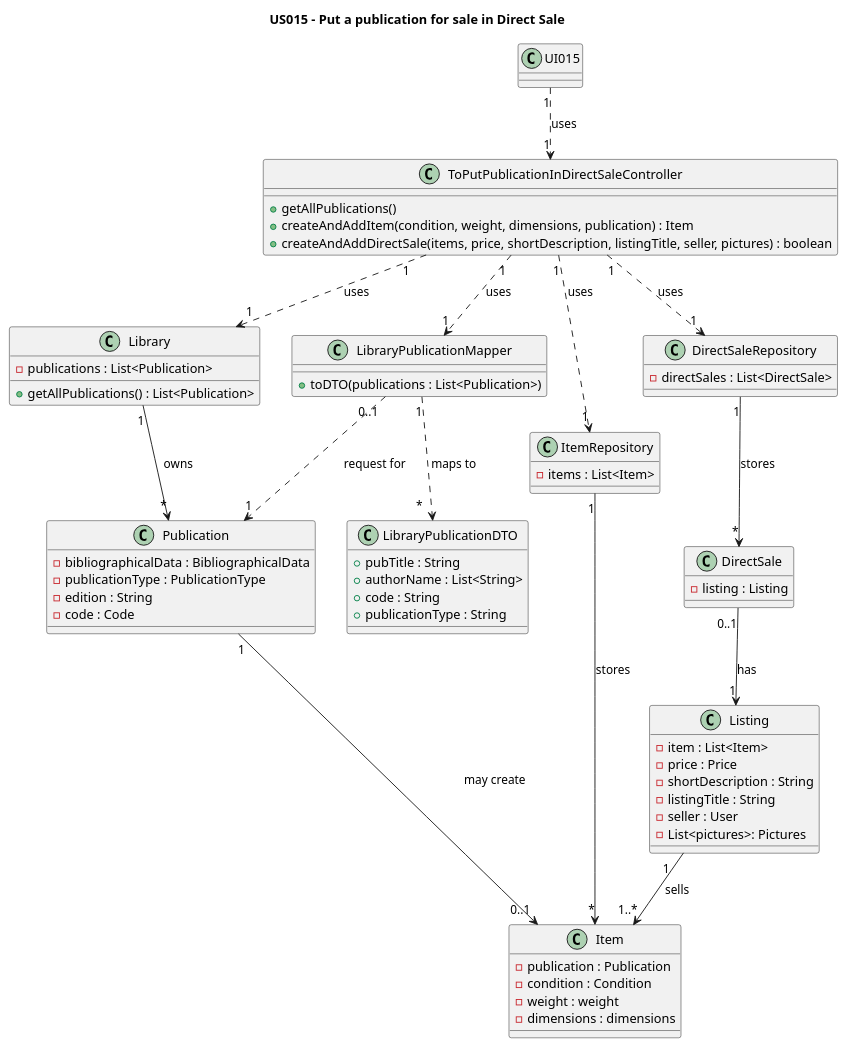
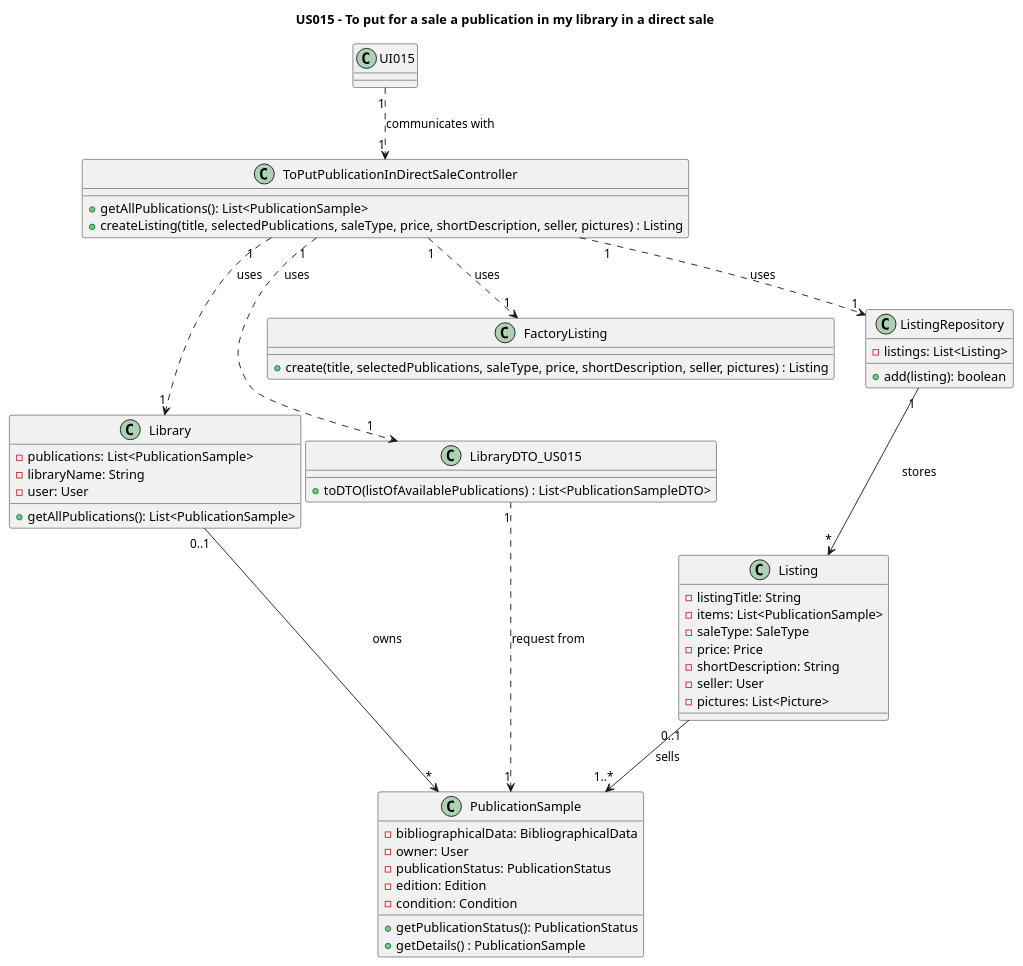
The diagram in Diagrams/ClassDiagrams/US015-to-put-for-sale-a-publication-in-my-library-in-a-Direct-Sale.puml (AndrePereiraGitH/SWitCH-Project-Team_A), drawn with PlantUML before and after one commit. The commit also changed 2 other files, not shown here.

```diff
--- a/Diagrams/ClassDiagrams/US015-to-put-for-sale-a-publication-in-my-library-in-a-Direct-Sale.puml
+++ b/Diagrams/ClassDiagrams/US015-to-put-for-sale-a-publication-in-my-library-in-a-Direct-Sale.puml
@@ -1,82 +1,75 @@
 @startuml
-title US015 - Put a publication for sale in Direct Sale
+title US015 - To put for a sale a publication in my library in a direct sale
+
+' -----CLASSES------
 
 class UI015 {}
 
 class ToPutPublicationInDirectSaleController {
-    + getAllPublications()
-    + createAndAddItem(condition, weight, dimensions, publication) : Item
-    + createAndAddDirectSale(items, price, shortDescription, listingTitle, seller, pictures) : boolean
+    + getAllPublications(): List<PublicationSample>
+    + createListing(title, selectedPublications, saleType, price, shortDescription, seller, pictures) : Listing
 }
 class Library {
-    - publications : List<Publication>
-    + getAllPublications() : List<Publication>
+    - publications: List<PublicationSample>
+    - libraryName: String
+    - user: User
+    + getAllPublications(): List<PublicationSample>
 }
 
-class Publication {
-    - bibliographicalData : BibliographicalData
-    - publicationType : PublicationType
-    - edition : String
-    - code : Code
+class LibraryDTO_US015 {
+    + toDTO(listOfAvailablePublications) : List<PublicationSampleDTO>
 }
 
-class LibraryPublicationDTO {
-+ pubTitle : String
-+ authorName : List<String>
-+ code : String
-+ publicationType : String
+class PublicationSample {
+    - bibliographicalData: BibliographicalData
+    - owner: User
+    - publicationStatus: PublicationStatus
+    - edition: Edition
+    - condition: Condition
+    + getPublicationStatus(): PublicationStatus
+    + getDetails() : PublicationSample
 }
 
-class LibraryPublicationMapper {
-    + toDTO(publications : List<Publication>)
+class FactoryListing {
+    + create(title, selectedPublications, saleType, price, shortDescription, seller, pictures) : Listing
 }
 
-class Item {
-    - publication : Publication
-    - condition : Condition
-    - weight : weight
-    - dimensions : dimensions
+class ListingRepository {
+    - listings: List<Listing>
+    + add(listing): boolean
 }
 
 class Listing {
-    - item : List<Item>
-    - price : Price
-    - shortDescription : String
-    - listingTitle : String
-    - seller : User
-    - List<pictures>: Pictures
-}
-class DirectSale {
-    - listing : Listing
+    - listingTitle: String
+    - items: List<PublicationSample>
+    - saleType: SaleType
+    - price: Price
+    - shortDescription: String
+    - seller: User
+    - pictures: List<Picture>
 }
 
-class ItemRepository {
-    - items : List<Item>
-}
+' ------ RELATIONSHIPS -----
 
-class DirectSaleRepository {
-    - directSales : List<DirectSale>
-}
+' --- UI ---
+UI015 "1" -.> "1" ToPutPublicationInDirectSaleController : communicates with
 
-' --- UI flow ---
-UI015 "1" -.> "1" ToPutPublicationInDirectSaleController : uses
+' --- Controller ---
+ToPutPublicationInDirectSaleController "1" -.> "1" Library : uses
+ToPutPublicationInDirectSaleController "1"-.> "1" LibraryDTO_US015 : uses
+ToPutPublicationInDirectSaleController "1"-.> "1" FactoryListing : uses
+ToPutPublicationInDirectSaleController "1"-.> "1" ListingRepository : uses
 
-' --- Use relationships ---
-ToPutPublicationInDirectSaleController "1" -.> "1" Library : uses
-ToPutPublicationInDirectSaleController "1"-.> "1" LibraryPublicationMapper : uses
-ToPutPublicationInDirectSaleController "1"-.> "1"ItemRepository : uses
-ToPutPublicationInDirectSaleController "1"-.> "1" DirectSaleRepository : uses
+' --- Library ---
+Library "0..1" --> "*" PublicationSample: owns
 
-' --- Core domain relationships ---
-Library "1" --> "*" Publication : owns
-Publication "1" -> "0..1" Item : may create
-Listing "1   " --> "1..*" Item : sells
-DirectSale "0..1" --> "1" Listing : has
+' --- LibraryDTO_US015 ---
+LibraryDTO_US015 "1" -.> "1" PublicationSample : request from
 
-ItemRepository "1" --> "*" Item : stores
-DirectSaleRepository "1" --> "*" DirectSale : stores
+' --- ListingRepository ---
+ListingRepository "1" --> "*" Listing : stores
 
-LibraryPublicationMapper "0..1" -.> "1" Publication : request for
-LibraryPublicationMapper "1" -.> " *   " LibraryPublicationDTO : maps to
+' --- Domain Classes ---
+Listing "0..1" --> "1..*" PublicationSample : sells
 
 @enduml
```
